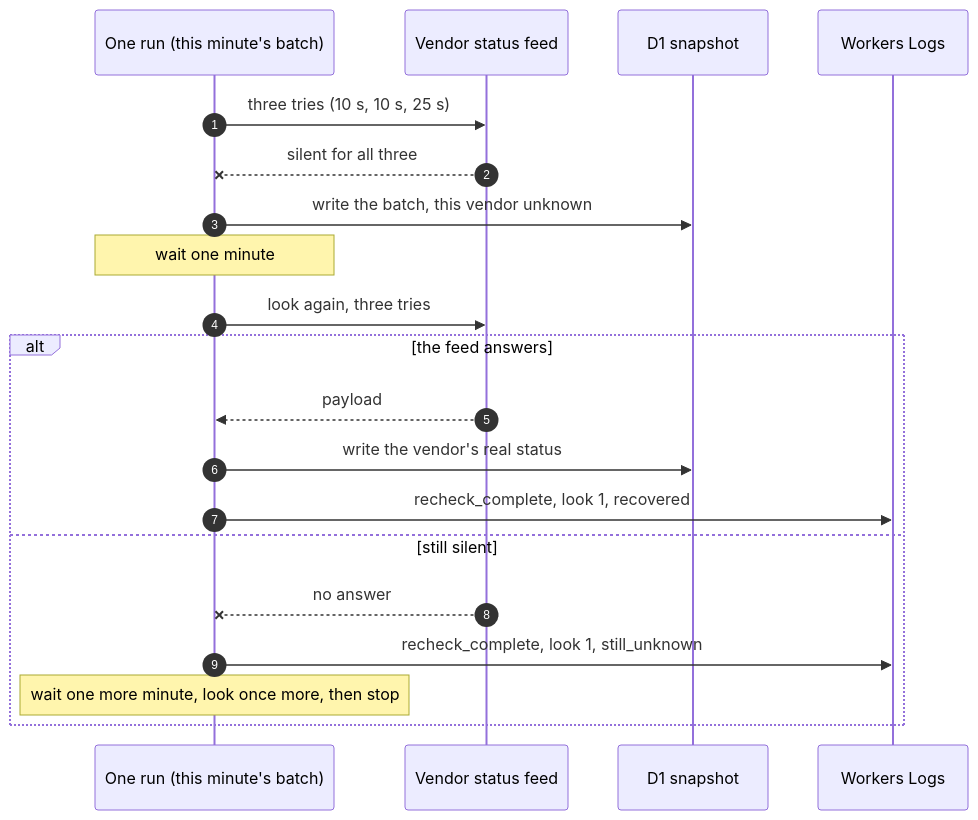
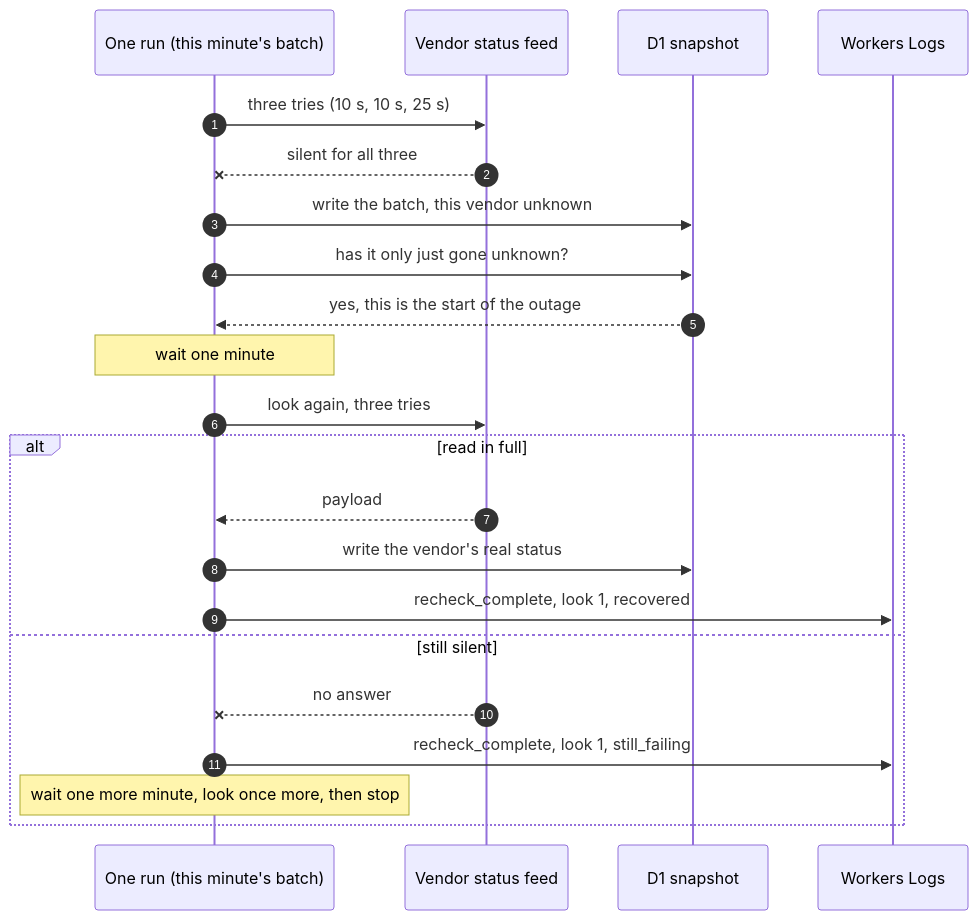
Before and after one commit to bjgreenberg/vendor-dashboard: the third of 4 diagrams in README.md, drawn with Mermaid. The commit also changed other lines of this file and 7 other files, not shown here.

First line of the commit message:
fix(worker): re-look only at the start of an outage; write only vendors read in full

````diff
--- a/README.md
+++ b/README.md
@@ -193,23 +195,25 @@
 ```mermaid
 sequenceDiagram
     autonumber
     participant R as One run (this minute's batch)
     participant V as Vendor status feed
     participant D as D1 snapshot
     participant L as Workers Logs
 
     R->>V: three tries (10 s, 10 s, 25 s)
     V--xR: silent for all three
     R->>D: write the batch, this vendor unknown
+    R->>D: has it only just gone unknown?
+    D-->>R: yes, this is the start of the outage
     Note over R: wait one minute
     R->>V: look again, three tries
-    alt the feed answers
+    alt read in full
         V-->>R: payload
         R->>D: write the vendor's real status
         R->>L: recheck_complete, look 1, recovered
     else still silent
         V--xR: no answer
-        R->>L: recheck_complete, look 1, still_unknown
+        R->>L: recheck_complete, look 1, still_failing
         Note over R: wait one more minute, look once more, then stop
     end
 ```
````
